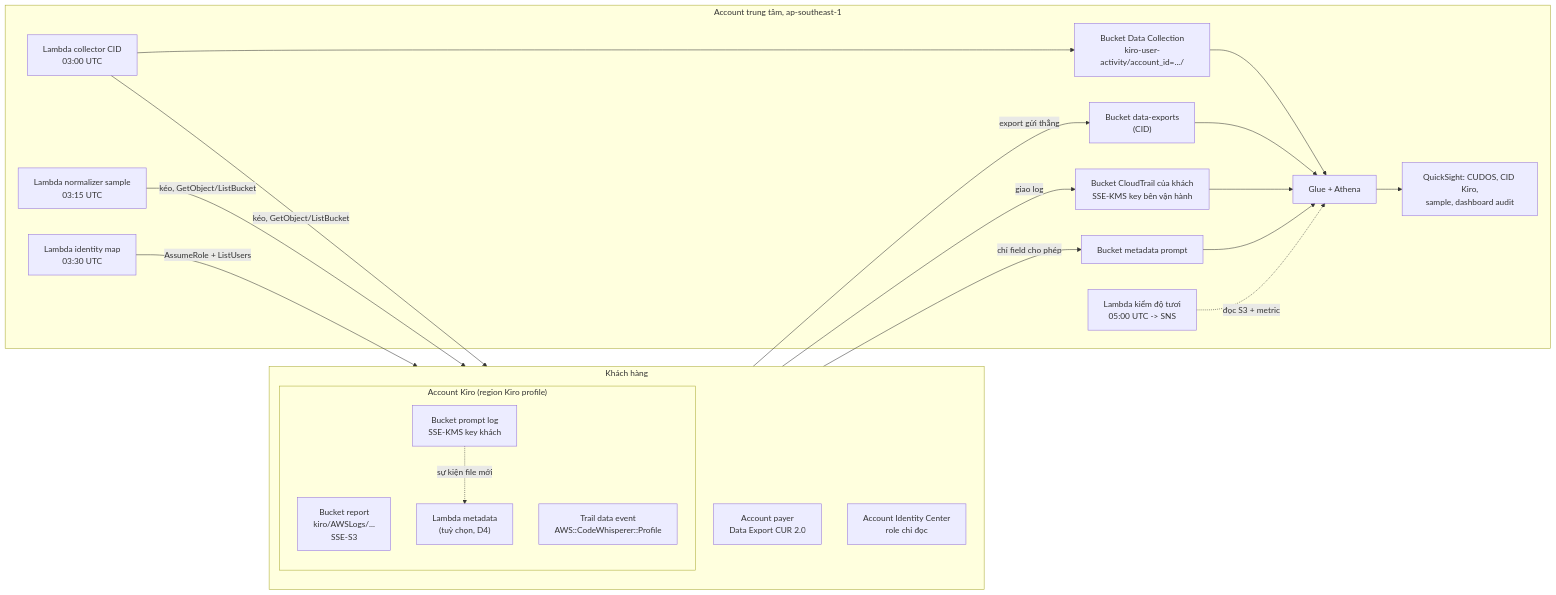
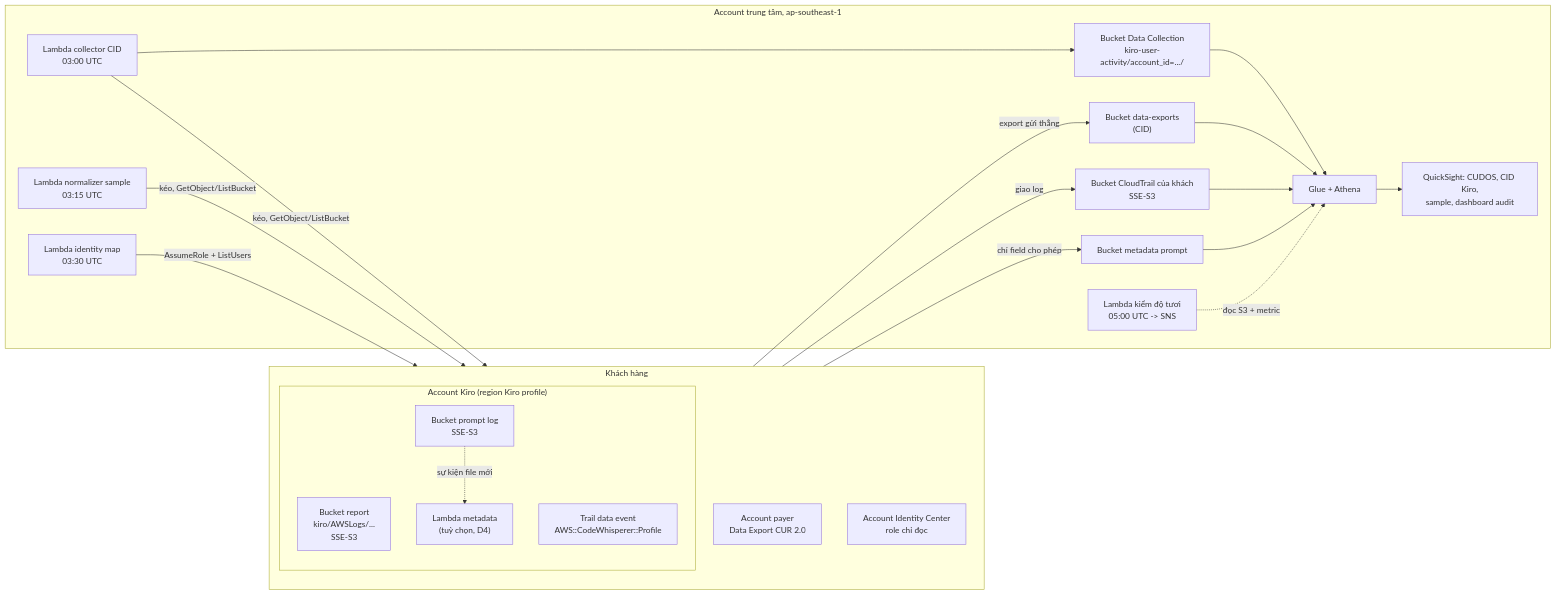
One commit to nghidanh2005/kiro-enterprise-monitoring changed the first of 2 diagrams in .kiro/specs/kiro-customer-monitoring/design.md. Above: the diagram before and after it, drawn with Mermaid. The commit also changed other lines of this file and 24 other files, not shown here.

````diff
--- a/.kiro/specs/kiro-customer-monitoring/design.md
+++ b/.kiro/specs/kiro-customer-monitoring/design.md
@@ -14,36 +14,36 @@
 ```mermaid
 flowchart LR
   subgraph KH["Khách hàng"]
     direction TB
     PAY["Account payer<br/>Data Export CUR 2.0"]
     subgraph KA["Account Kiro (region Kiro profile)"]
       RPT["Bucket report<br/>kiro/AWSLogs/...<br/>SSE-S3"]
-      PLG["Bucket prompt log<br/>SSE-KMS key khách"]
+      PLG["Bucket prompt log<br/>SSE-S3"]
       TRL["Trail data event<br/>AWS::CodeWhisperer::Profile"]
       MEX["Lambda metadata<br/>(tuỳ chọn, D4)"]
     end
     IDC["Account Identity Center<br/>role chỉ đọc"]
   end
   subgraph RN["Account trung tâm, ap-southeast-1"]
     DEX["Bucket data-exports<br/>(CID)"]
     DCB["Bucket Data Collection<br/>kiro-user-activity/account_id=.../"]
     COL["Lambda collector CID<br/>03:00 UTC"]
     NOR["Lambda normalizer sample<br/>03:15 UTC"]
     IMP["Lambda identity map<br/>03:30 UTC"]
-    CTB["Bucket CloudTrail của khách<br/>SSE-KMS key bên vận hành"]
+    CTB["Bucket CloudTrail của khách<br/>SSE-S3"]
     MDB["Bucket metadata prompt"]
     ATH["Glue + Athena"]
     QS["QuickSight: CUDOS, CID Kiro,<br/>sample, dashboard audit"]
     FRS["Lambda kiểm độ tươi<br/>05:00 UTC -> SNS"]
   end
   PAY -- "export gửi thẳng" --> DEX
   COL -- "kéo, GetObject/ListBucket" --> RPT
   NOR -- "kéo, GetObject/ListBucket" --> RPT
   IMP -- "AssumeRole + ListUsers" --> IDC
   TRL -- "giao log" --> CTB
   PLG -. "sự kiện file mới" .-> MEX
   MEX -- "chỉ field cho phép" --> MDB
   COL --> DCB
   DEX & DCB & CTB & MDB --> ATH --> QS
   FRS -. "đọc S3 + metric" .-> ATH
 ```
````
